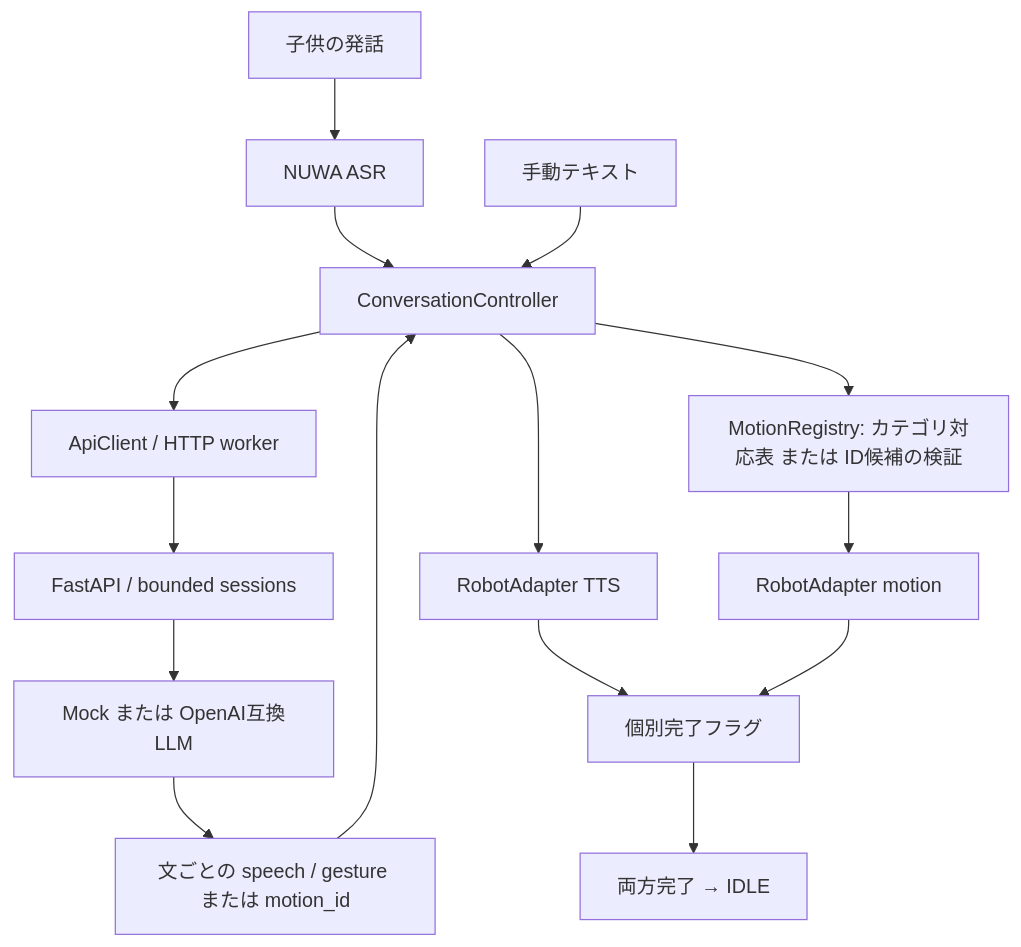
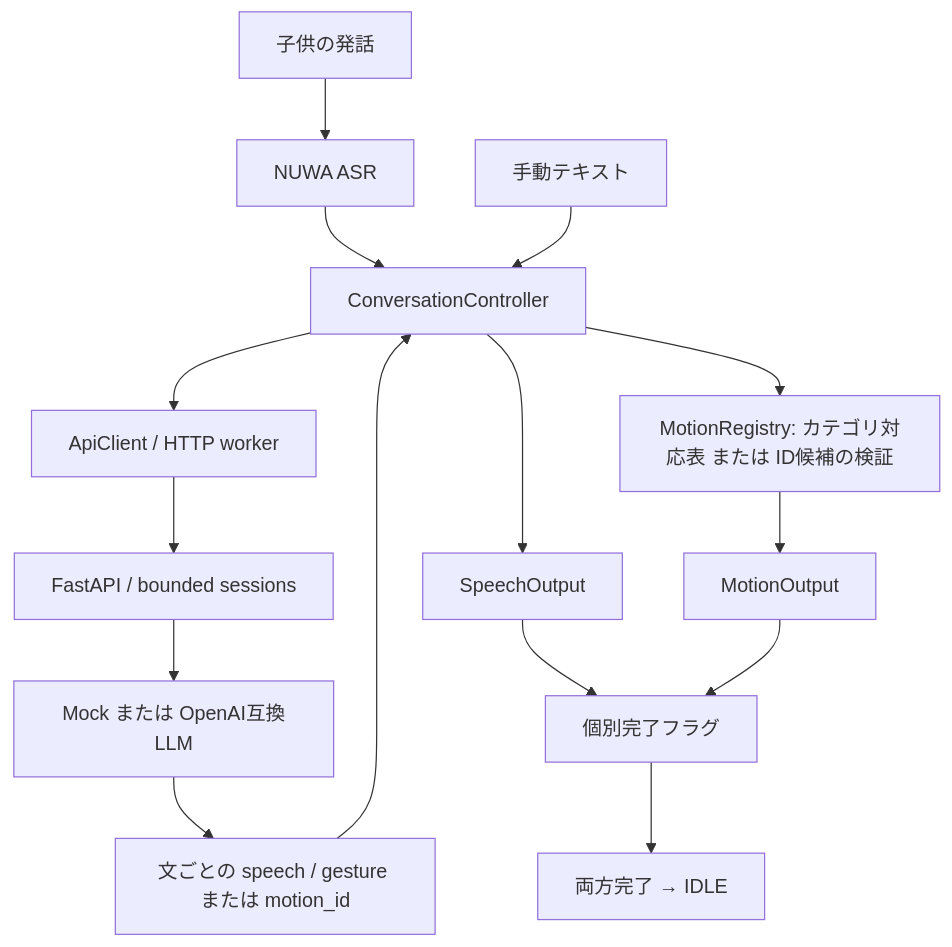
Before and after one commit to nk-an-nk/textToMotion: the diagram in kebbi-conversation/docs/architecture.md, drawn with Mermaid. The commit also changed other lines of this file and 11 other files, not shown here.

````diff
--- a/kebbi-conversation/docs/architecture.md
+++ b/kebbi-conversation/docs/architecture.md
@@ -3,17 +3,17 @@
 ```mermaid
 flowchart TD
   Child[子供の発話] --> ASR[NUWA ASR]
   ASR --> Controller[ConversationController]
   Input[手動テキスト] --> Controller
   Controller --> HTTP[ApiClient / HTTP worker]
   HTTP --> API[FastAPI / bounded sessions]
   API --> LLM[Mock または OpenAI互換LLM]
   LLM --> Reply[文ごとの speech / gesture または motion_id]
   Reply --> Controller
   Controller --> Mapping[MotionRegistry: カテゴリ対応表 または ID候補の検証]
-  Controller --> TTS[RobotAdapter TTS]
-  Mapping --> Motion[RobotAdapter motion]
+  Controller --> TTS[SpeechOutput]
+  Mapping --> Motion[MotionOutput]
   TTS --> Done[個別完了フラグ]
   Motion --> Done
   Done --> Idle[両方完了 → IDLE]
 ```
````
